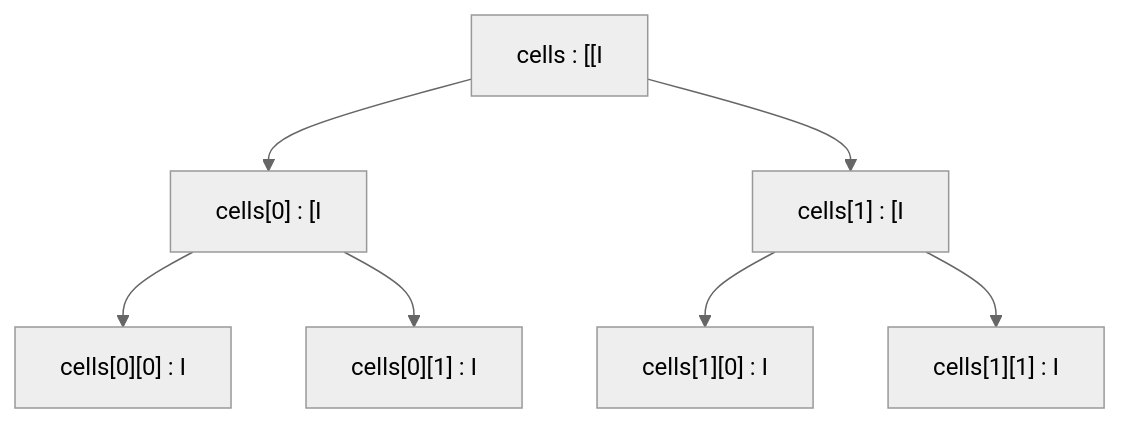
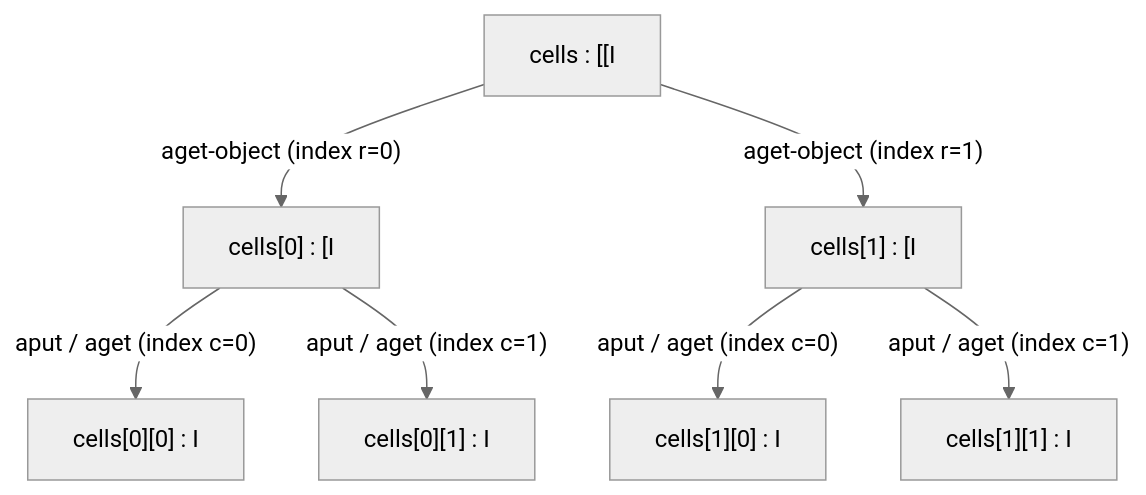
Before and after one commit to Bavuett/reverse-engineering: the diagram in 01-Dalvik-Bytecode/04-Types/examples/Multidimensional-Arrays.md, drawn with Mermaid (neutral theme). The commit also changed other lines of this file and 165 other files, not shown here.

````diff
--- a/01-Dalvik-Bytecode/04-Types/examples/Multidimensional-Arrays.md
+++ b/01-Dalvik-Bytecode/04-Types/examples/Multidimensional-Arrays.md
@@ -65,9 +69,9 @@
 ```mermaid
 graph TD
-    Cells["cells : [[I"] --> Row0["cells[0] : [I"]
-    Cells --> Row1["cells[1] : [I"]
-    Row0 --> E00["cells[0][0] : I"]
-    Row0 --> E01["cells[0][1] : I"]
-    Row1 --> E10["cells[1][0] : I"]
-    Row1 --> E11["cells[1][1] : I"]
+    Cells["cells : [[I"] -->|"aget-object (index r=0)"| Row0["cells[0] : [I"]
+    Cells -->|"aget-object (index r=1)"| Row1["cells[1] : [I"]
+    Row0 -->|"aput / aget (index c=0)"| E00["cells[0][0] : I"]
+    Row0 -->|"aput / aget (index c=1)"| E01["cells[0][1] : I"]
+    Row1 -->|"aput / aget (index c=0)"| E10["cells[1][0] : I"]
+    Row1 -->|"aput / aget (index c=1)"| E11["cells[1][1] : I"]
 ```
````
